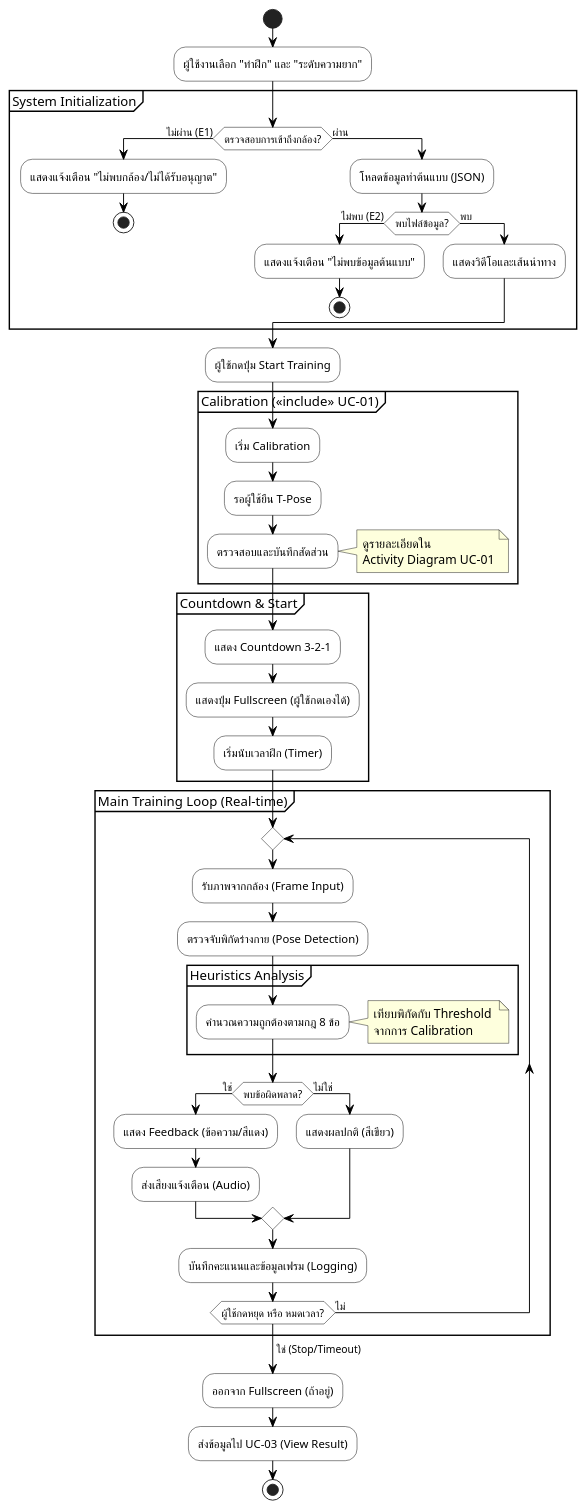
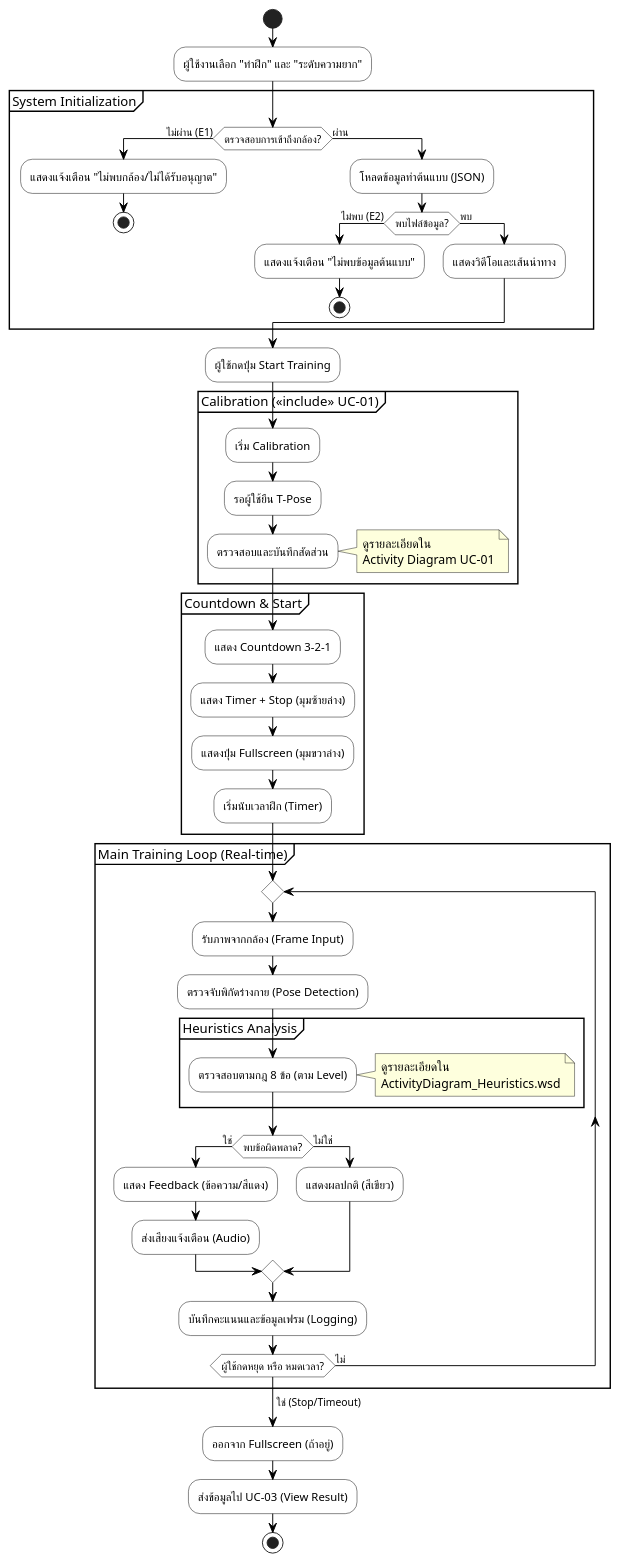
Before and after one commit to vyut/TaijiFlow: the diagram in docs/diagrams/ActivityDiagram_UC02.wsd, drawn with PlantUML. The commit also changed 8 other files, not shown here.

Commit message:
Updated diagrams

```diff
--- a/docs/diagrams/ActivityDiagram_UC02.wsd
+++ b/docs/diagrams/ActivityDiagram_UC02.wsd
@@ -1,77 +1,78 @@
 @startuml TaijiFlow_Activity_Diagram_UC02
 ' ตั้งค่า Font และ Style
 skinparam defaultFontName "sarabun"
 skinparam activity {
     BackgroundColor White
     BorderColor Black
     ArrowColor Black
 }
 
 start
 
 :ผู้ใช้งานเลือก "ท่าฝึก" และ "ระดับความยาก";
 
 partition "System Initialization" {
     if (ตรวจสอบการเข้าถึงกล้อง?) then (ไม่ผ่าน (E1))
         :แสดงแจ้งเตือน "ไม่พบกล้อง/ไม่ได้รับอนุญาต";
         stop
     else (ผ่าน)
         :โหลดข้อมูลท่าต้นแบบ (JSON);
         if (พบไฟล์ข้อมูล?) then (ไม่พบ (E2))
             :แสดงแจ้งเตือน "ไม่พบข้อมูลต้นแบบ";
             stop
         else (พบ)
             :แสดงวิดีโอและเส้นนำทาง;
         endif
     endif
 }
 
 :ผู้ใช้กดปุ่ม Start Training;
 
 partition "Calibration (<<include>> UC-01)" {
     :เริ่ม Calibration;
     :รอผู้ใช้ยืน T-Pose;
     :ตรวจสอบและบันทึกสัดส่วน;
     note right
         ดูรายละเอียดใน
         Activity Diagram UC-01
     end note
 }
 
 partition "Countdown & Start" {
     :แสดง Countdown 3-2-1;
-    :แสดงปุ่ม Fullscreen (ผู้ใช้กดเองได้);
+    :แสดง Timer + Stop (มุมซ้ายล่าง);
+    :แสดงปุ่ม Fullscreen (มุมขวาล่าง);
     :เริ่มนับเวลาฝึก (Timer);
 }
 
 partition "Main Training Loop (Real-time)" {
     repeat
         :รับภาพจากกล้อง (Frame Input);
         :ตรวจจับพิกัดร่างกาย (Pose Detection);
         
         partition "Heuristics Analysis" {
-            :คำนวณความถูกต้องตามกฎ 8 ข้อ;
+            :ตรวจสอบตามกฎ 8 ข้อ (ตาม Level);
             note right
-                เทียบพิกัดกับ Threshold 
-                จากการ Calibration
+                ดูรายละเอียดใน
+                ActivityDiagram_Heuristics.wsd
             end note
         }
 
         if (พบข้อผิดพลาด?) then (ใช่)
             :แสดง Feedback (ข้อความ/สีแดง);
             :ส่งเสียงแจ้งเตือน (Audio);
         else (ไม่ใช่)
             :แสดงผลปกติ (สีเขียว);
         endif
 
         :บันทึกคะแนนและข้อมูลเฟรม (Logging);
 
     repeat while (ผู้ใช้กดหยุด หรือ หมดเวลา?) is (ไม่)
     -> ใช่ (Stop/Timeout);
 }
 
 :ออกจาก Fullscreen (ถ้าอยู่);
 :ส่งข้อมูลไป UC-03 (View Result);
 
 stop
 @enduml
```
